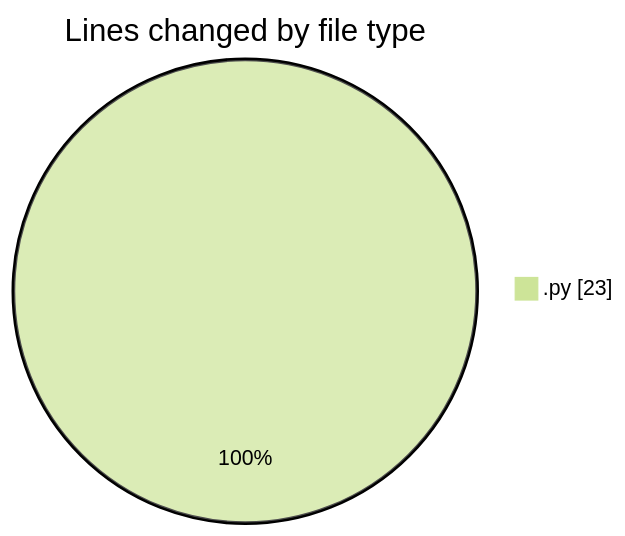
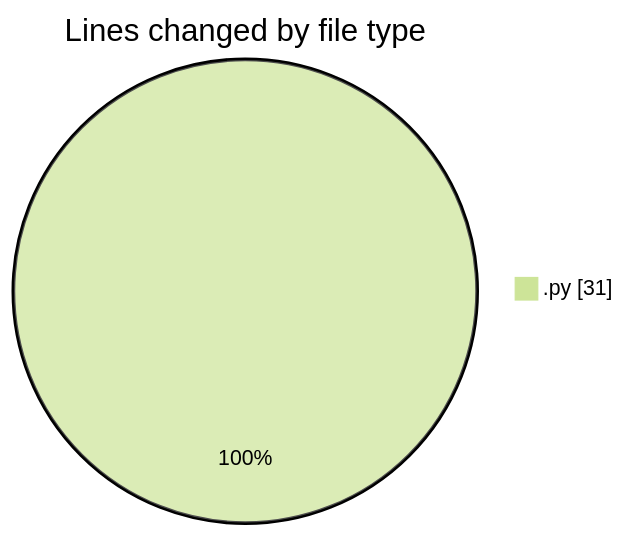
One commit to hasnaa123/code-tracking changed the first of 2 diagrams in 2026-02-21/student_performance_system/README.md. Above: the diagram before and after it, drawn with Mermaid (forest theme). The commit also changed other lines of this file and 1 other file, not shown here.

````diff
--- a/2026-02-21/student_performance_system/README.md
+++ b/2026-02-21/student_performance_system/README.md
@@ -20,5 +20,5 @@
 ```mermaid
 pie showData
 title Lines changed by file type
-".py" : 23
+".py" : 31
 ```
````
